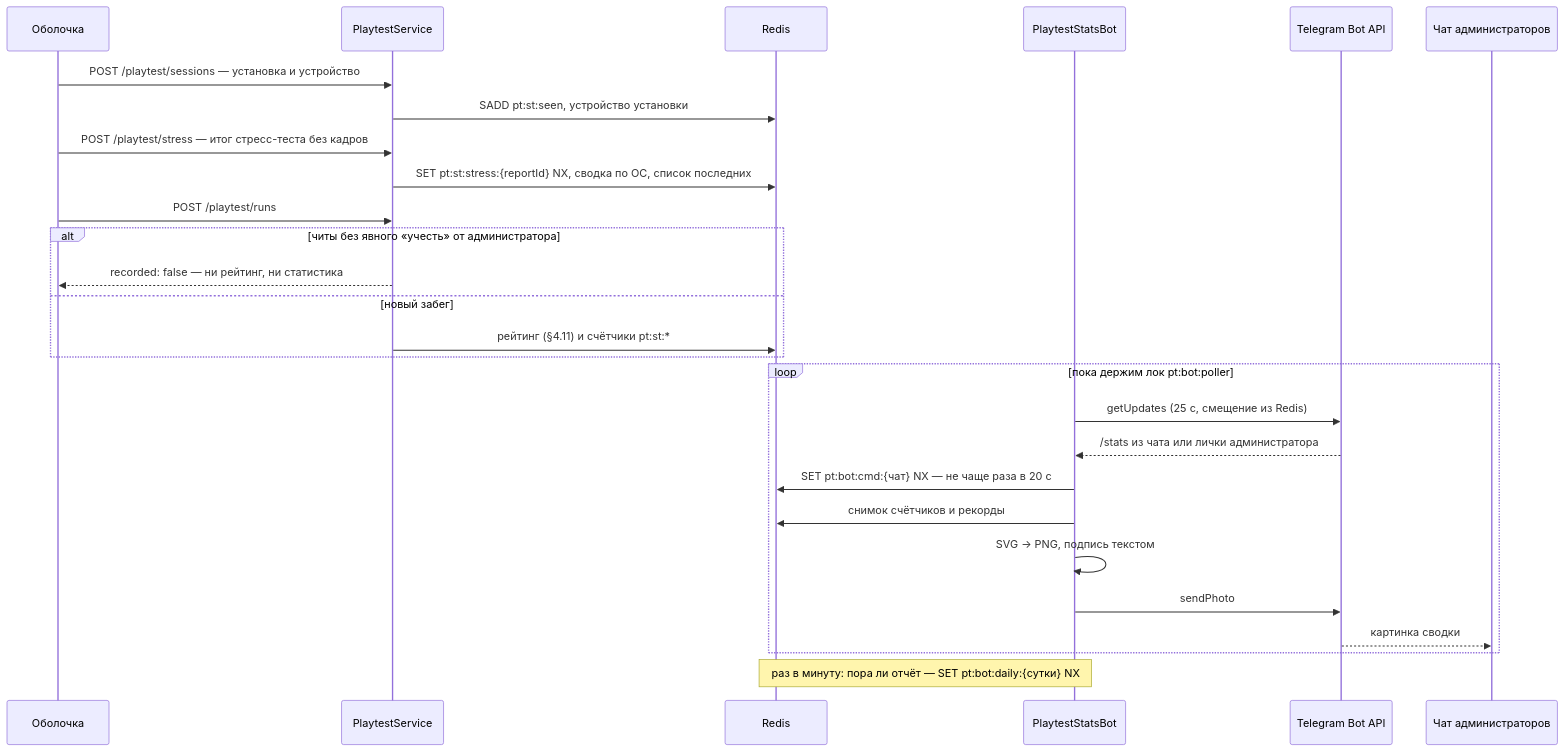
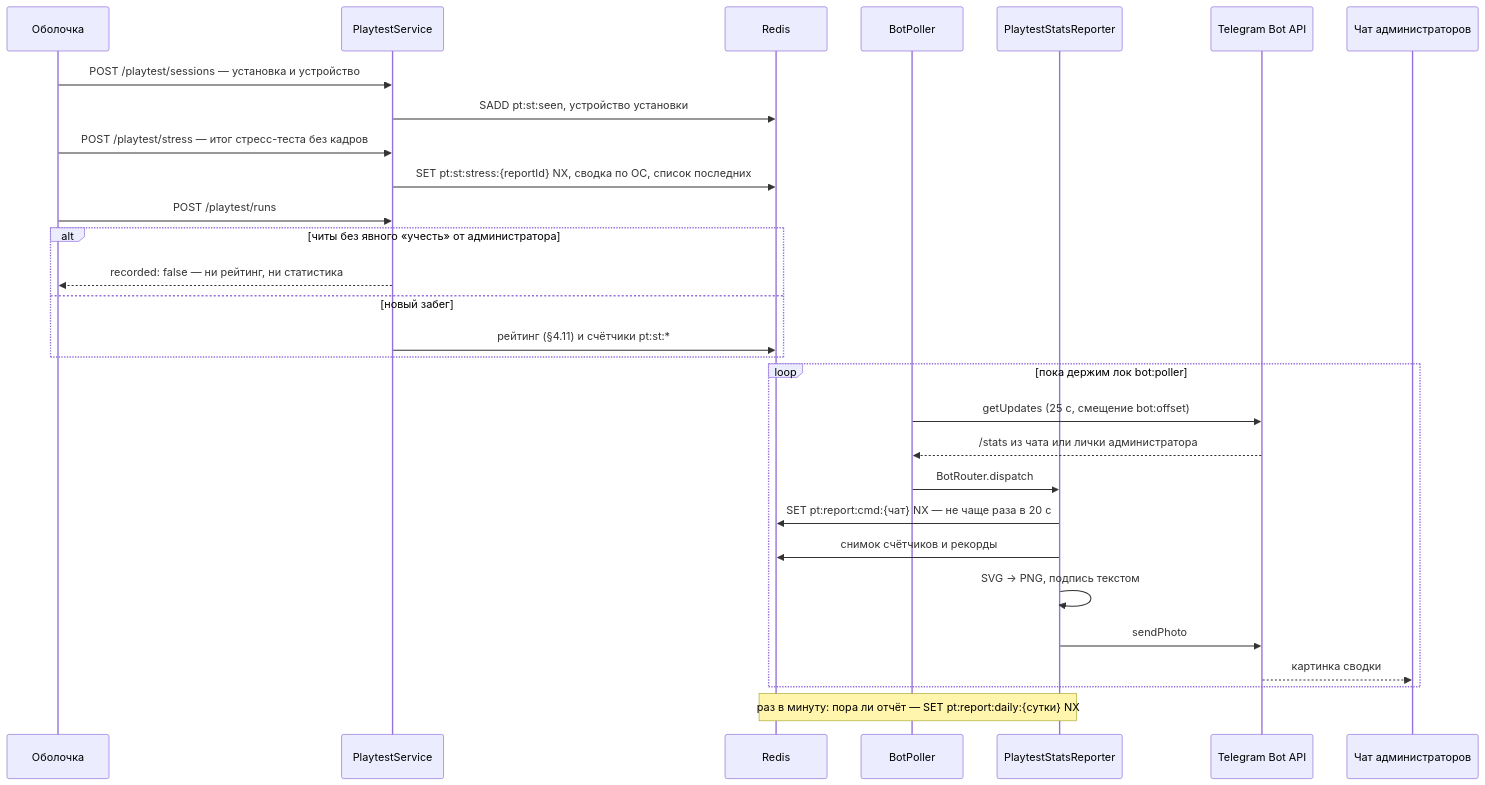
One commit to JJSGxKD/rubezh changed diagram 19 of 20 in docs/21-diagrams.md. Above: the diagram before and after it, drawn with Mermaid. The commit also changed other lines of this file and 27 other files, not shown here.

````diff
--- a/docs/21-diagrams.md
+++ b/docs/21-diagrams.md
@@ -980,31 +982,33 @@
 ```mermaid
 sequenceDiagram
     participant S as Оболочка
     participant P as PlaytestService
     participant R as Redis
-    participant B as PlaytestStatsBot
+    participant BP as BotPoller
+    participant B as PlaytestStatsReporter
     participant TG as Telegram Bot API
     participant A as Чат администраторов
 
     S->>P: POST /playtest/sessions — установка и устройство
     P->>R: SADD pt:st:seen, устройство установки
     S->>P: POST /playtest/stress — итог стресс-теста без кадров
     P->>R: SET pt:st:stress:{reportId} NX, сводка по ОС, список последних
     S->>P: POST /playtest/runs
     alt читы без явного «учесть» от администратора
         P-->>S: recorded: false — ни рейтинг, ни статистика
     else новый забег
         P->>R: рейтинг (§4.11) и счётчики pt:st:*
     end
 
-    loop пока держим лок pt:bot:poller
-        B->>TG: getUpdates (25 с, смещение из Redis)
-        TG-->>B: /stats из чата или лички администратора
-        B->>R: SET pt:bot:cmd:{чат} NX — не чаще раза в 20 с
+    loop пока держим лок bot:poller
+        BP->>TG: getUpdates (25 с, смещение bot:offset)
+        TG-->>BP: /stats из чата или лички администратора
+        BP->>B: BotRouter.dispatch
+        B->>R: SET pt:report:cmd:{чат} NX — не чаще раза в 20 с
         B->>R: снимок счётчиков и рекорды
         B->>B: SVG → PNG, подпись текстом
         B->>TG: sendPhoto
         TG-->>A: картинка сводки
     end
-    Note over B,R: раз в минуту: пора ли отчёт — SET pt:bot:daily:{сутки} NX
+    Note over B,R: раз в минуту: пора ли отчёт — SET pt:report:daily:{сутки} NX
 ```
````
